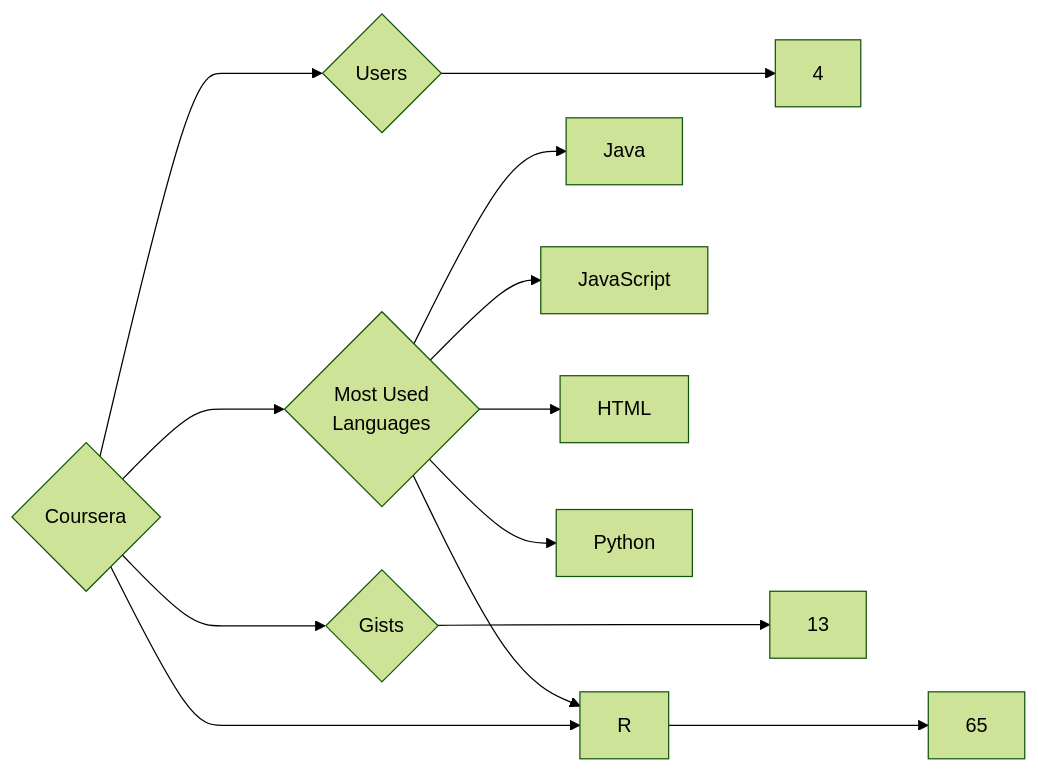
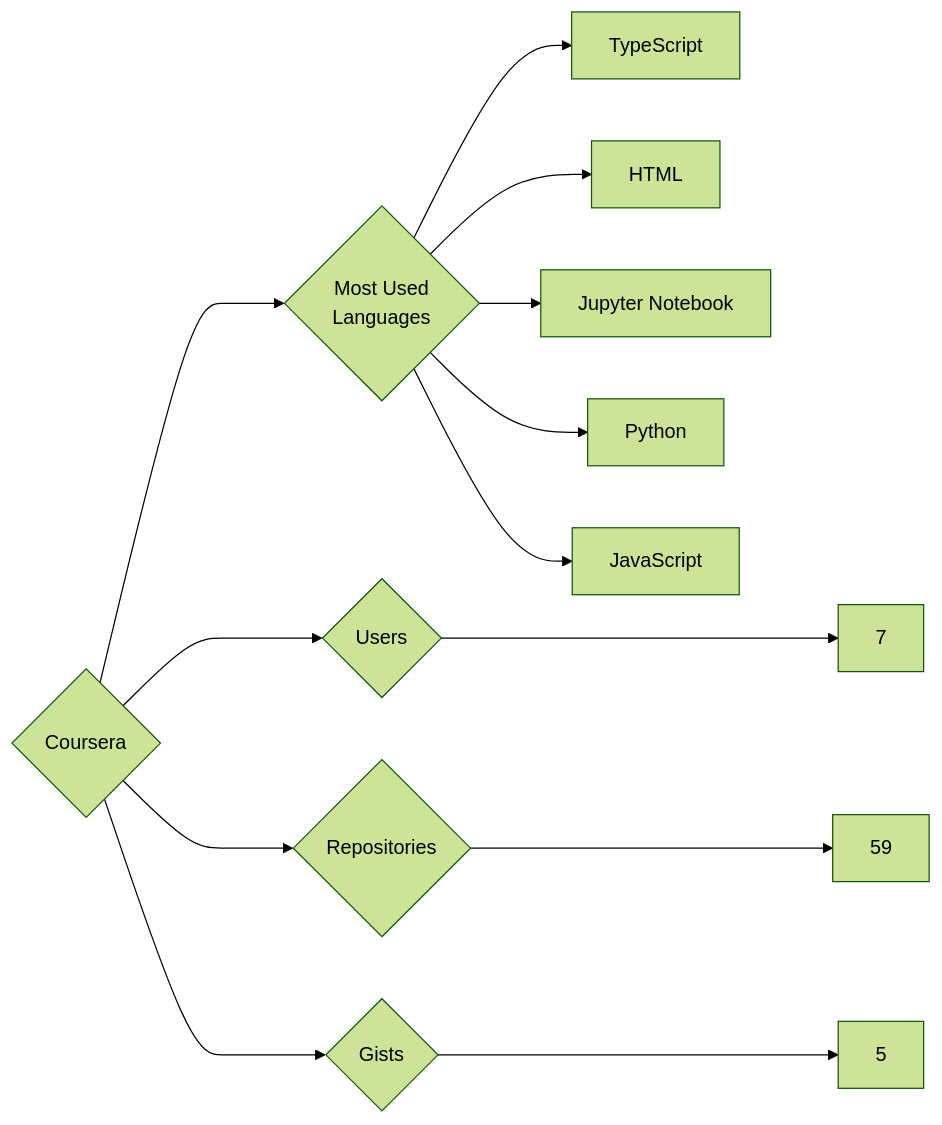
The diagram in targets/Coursera/README.md (trickest/insiders), drawn with Mermaid (forest theme) before and after one commit. The commit also changed 872 other files, not shown here.

````diff
--- a/targets/Coursera/README.md
+++ b/targets/Coursera/README.md
@@ -3,13 +3,13 @@
 ```mermaid
 graph LR
 COMPANY_NAME{Coursera}
-COMPANY_NAME ---> U{Users} ---> UN[4]
-COMPANY_NAME ---> R{Repositories} ---> RN[65]
-COMPANY_NAME ---> G{Gists} ---> GN[13]
+COMPANY_NAME ---> U{Users} ---> UN[7]
+COMPANY_NAME ---> R{Repositories} ---> RN[59]
+COMPANY_NAME ---> G{Gists} ---> GN[5]
 COMPANY_NAME ---> ML{Most Used<br>Languages}
-ML --> Java[Java]
+ML --> TypeScript[TypeScript]
+ML --> HTML[HTML]
+ML --> Jupyter_Notebook[Jupyter Notebook]
+ML --> Python[Python]
 ML --> JavaScript[JavaScript]
-ML --> HTML[HTML]
-ML --> R[R]
-ML --> Python[Python]
 ```
````
